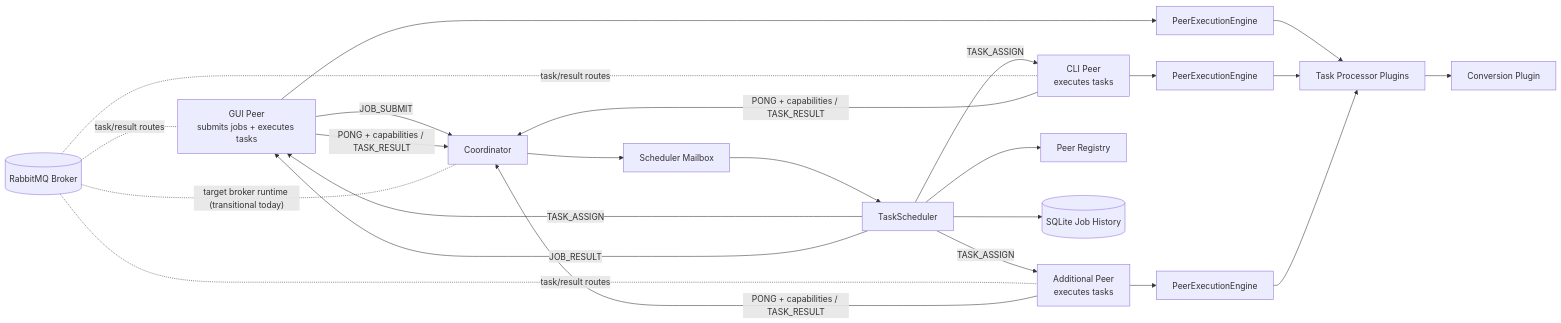
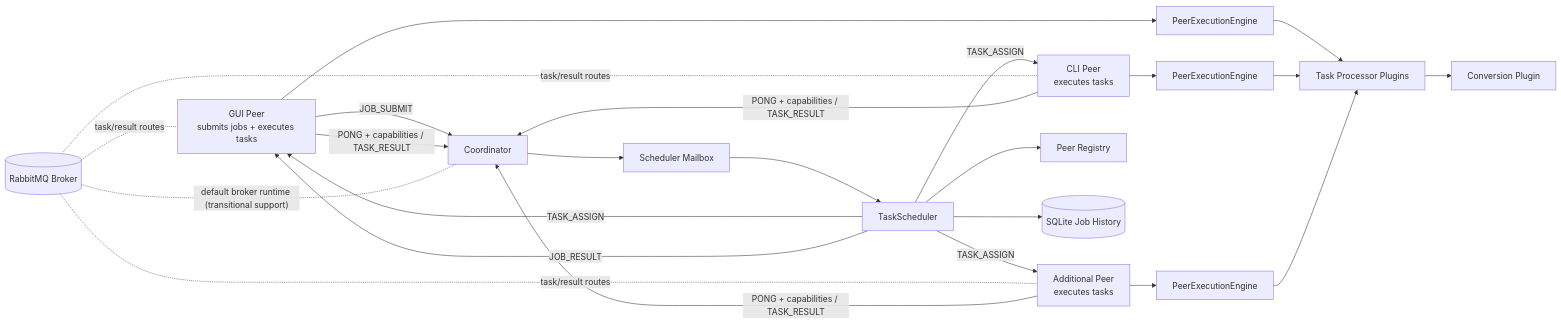
The diagram in README.md (HuuPhu-Nguyen/Task-Flow-2), drawn with Mermaid before and after one commit. The commit also changed other lines of this file and 19 other files, not shown here.

Commit message:
feat: make RabbitMQ the default transport

````diff
--- a/README.md
+++ b/README.md
@@ -38,27 +38,27 @@
 ```mermaid
 flowchart LR
     PeerA[GUI Peer\nsubmits jobs + executes tasks] -->|JOB_SUBMIT| Coordinator
     PeerA -->|PONG + capabilities / TASK_RESULT| Coordinator
     PeerB[CLI Peer\nexecutes tasks] -->|PONG + capabilities / TASK_RESULT| Coordinator
     PeerC[Additional Peer\nexecutes tasks] -->|PONG + capabilities / TASK_RESULT| Coordinator
     Coordinator --> Mailbox[Scheduler Mailbox]
     Mailbox --> Scheduler[TaskScheduler]
     Scheduler --> Registry[Peer Registry]
     Scheduler --> Store[(SQLite Job History)]
     Scheduler -->|TASK_ASSIGN| PeerA
     Scheduler -->|TASK_ASSIGN| PeerB
     Scheduler -->|TASK_ASSIGN| PeerC
     PeerA --> EngineA[PeerExecutionEngine]
     PeerB --> EngineB[PeerExecutionEngine]
     PeerC --> EngineC[PeerExecutionEngine]
     EngineA --> Plugins[Task Processor Plugins]
     EngineB --> Plugins
     EngineC --> Plugins
     Plugins --> Conversion[Conversion Plugin]
     Scheduler -->|JOB_RESULT| PeerA
 
-    RabbitMQ[(RabbitMQ Broker)] -. target broker runtime (transitional today) .- Coordinator
+    RabbitMQ[(RabbitMQ Broker)] -. default broker runtime (transitional support) .- Coordinator
     RabbitMQ -. task/result routes .- PeerA
     RabbitMQ -. task/result routes .- PeerB
     RabbitMQ -. task/result routes .- PeerC
 ```
````
